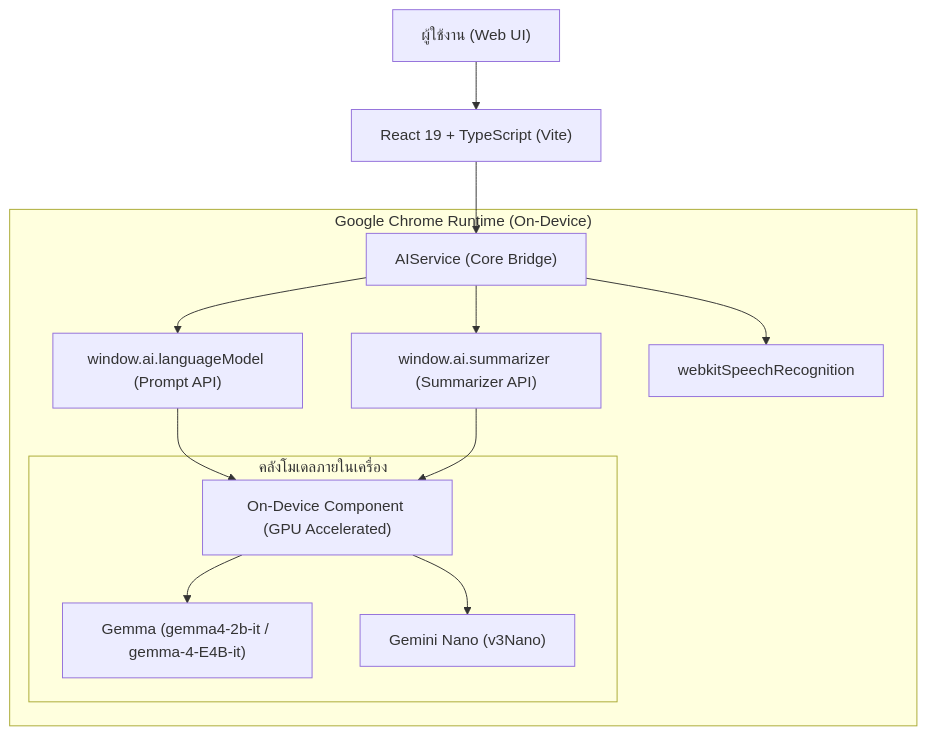
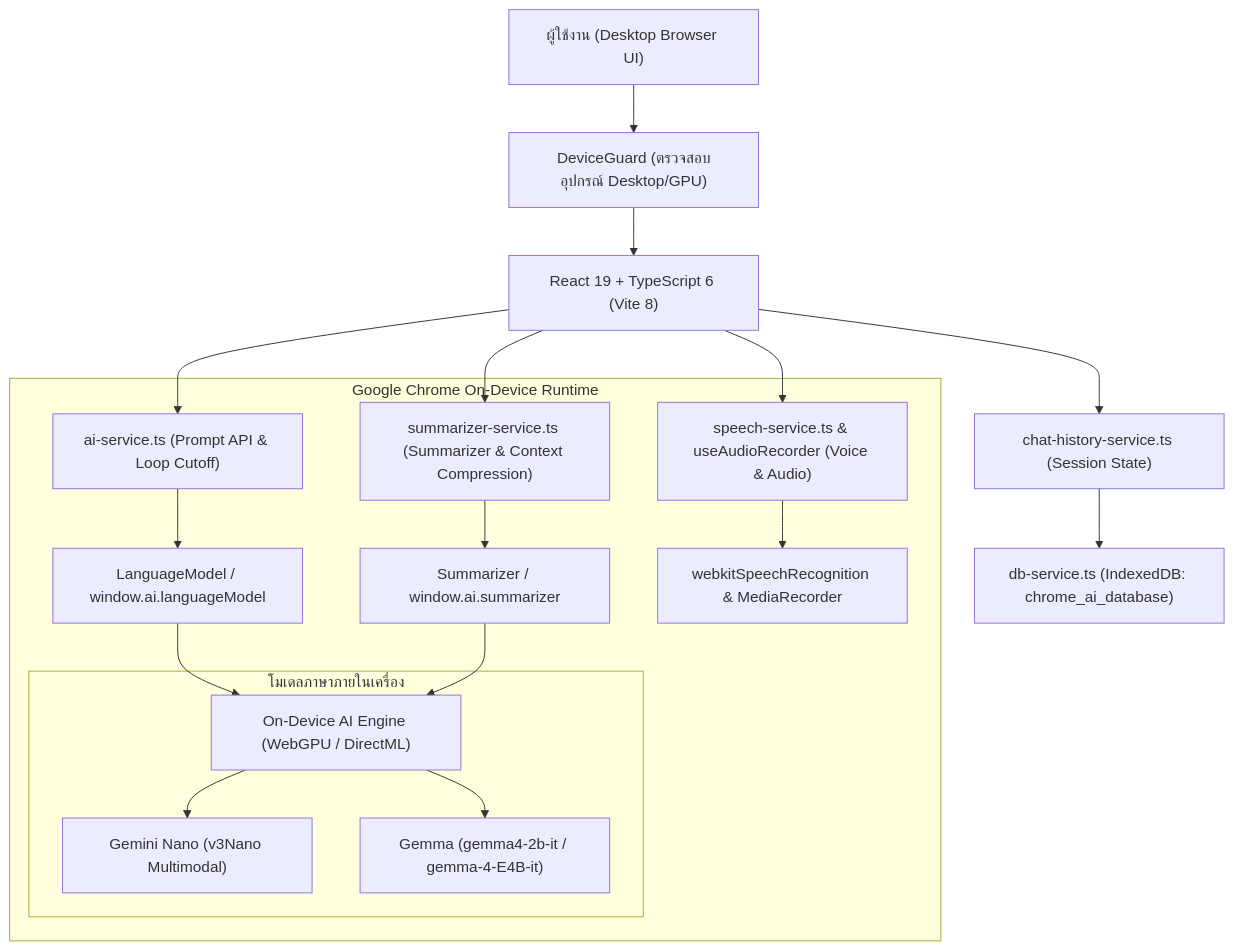
Before and after one commit to CYP777/Built-In-AI-API: the diagram in README.md, drawn with Mermaid. The commit also changed other lines of this file and 1 other file, not shown here.

````diff
--- a/README.md
+++ b/README.md
@@ -39,19 +45,26 @@
 ```mermaid
 flowchart TD
-    User["ผู้ใช้งาน (Web UI)"] --> Frontend["React 19 + TypeScript (Vite)"]
-    Frontend --> AIService["AIService (Core Bridge)"]
+    User["ผู้ใช้งาน (Desktop Browser UI)"] --> DeviceGuard["DeviceGuard (ตรวจสอบอุปกรณ์ Desktop/GPU)"]
+    DeviceGuard --> Frontend["React 19 + TypeScript 6 (Vite 8)"]
     
-    subgraph ChromeRuntime["Google Chrome Runtime (On-Device)"]
-        AIService --> PromptAPI["window.ai.languageModel (Prompt API)"]
-        AIService --> SummarizerAPI["window.ai.summarizer (Summarizer API)"]
-        AIService --> SpeechAPI["webkitSpeechRecognition"]
+    Frontend --> AIService["ai-service.ts (Prompt API & Loop Cutoff)"]
+    Frontend --> SummarizerService["summarizer-service.ts (Summarizer & Context Compression)"]
+    Frontend --> SpeechService["speech-service.ts & useAudioRecorder (Voice & Audio)"]
+    Frontend --> HistoryService["chat-history-service.ts (Session State)"]
+    
+    HistoryService --> IndexedDB["db-service.ts (IndexedDB: chrome_ai_database)"]
+    
+    subgraph ChromeRuntime["Google Chrome On-Device Runtime"]
+        AIService --> PromptAPI["LanguageModel / window.ai.languageModel"]
+        SummarizerService --> SummarizerAPI["Summarizer / window.ai.summarizer"]
+        SpeechService --> WebSpeech["webkitSpeechRecognition & MediaRecorder"]
         
-        PromptAPI --> OnDeviceModel["On-Device Component (GPU Accelerated)"]
+        PromptAPI --> OnDeviceModel["On-Device AI Engine (WebGPU / DirectML)"]
         SummarizerAPI --> OnDeviceModel
         
-        subgraph Models["คลังโมเดลภายในเครื่อง"]
+        subgraph Models["โมเดลภาษาภายในเครื่อง"]
+            OnDeviceModel --> GeminiNano["Gemini Nano (v3Nano Multimodal)"]
             OnDeviceModel --> Gemma["Gemma (gemma4-2b-it / gemma-4-E4B-it)"]
-            OnDeviceModel --> Nano["Gemini Nano (v3Nano)"]
         end
     end
 ```
````
